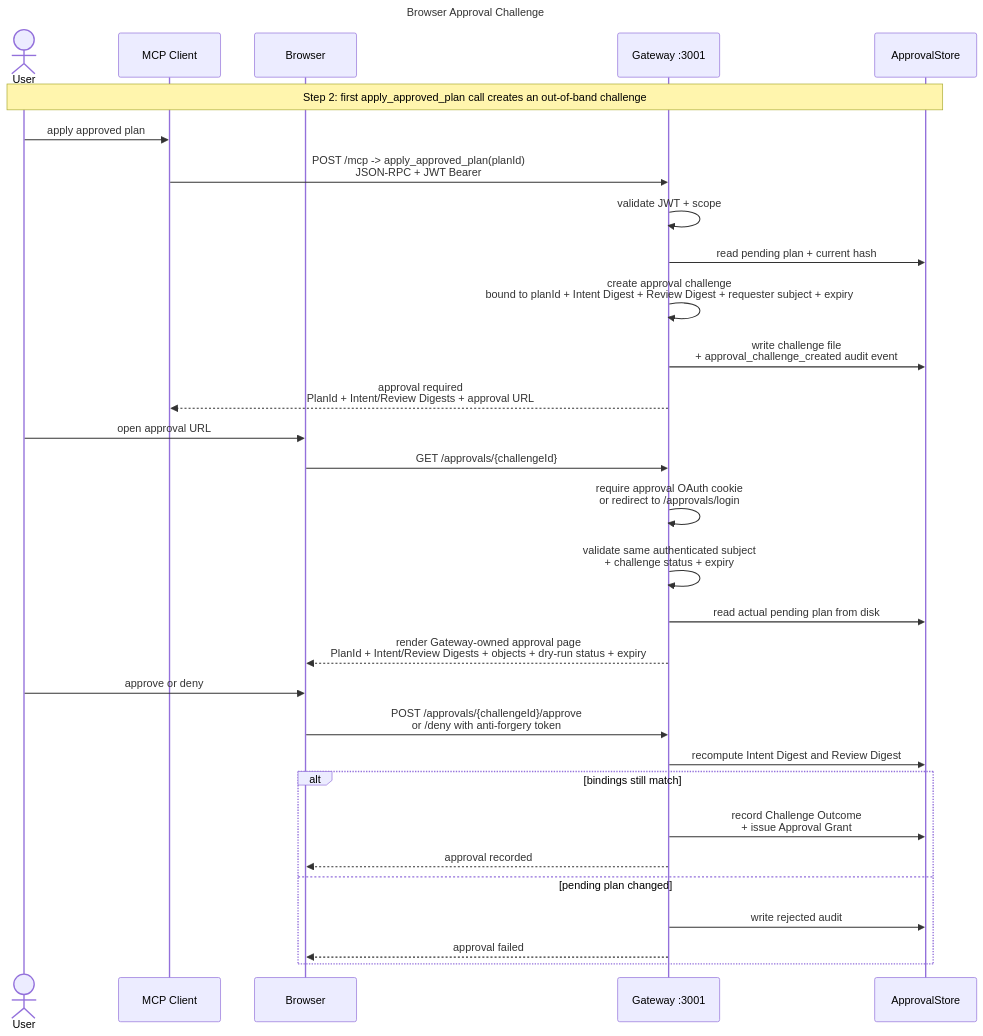
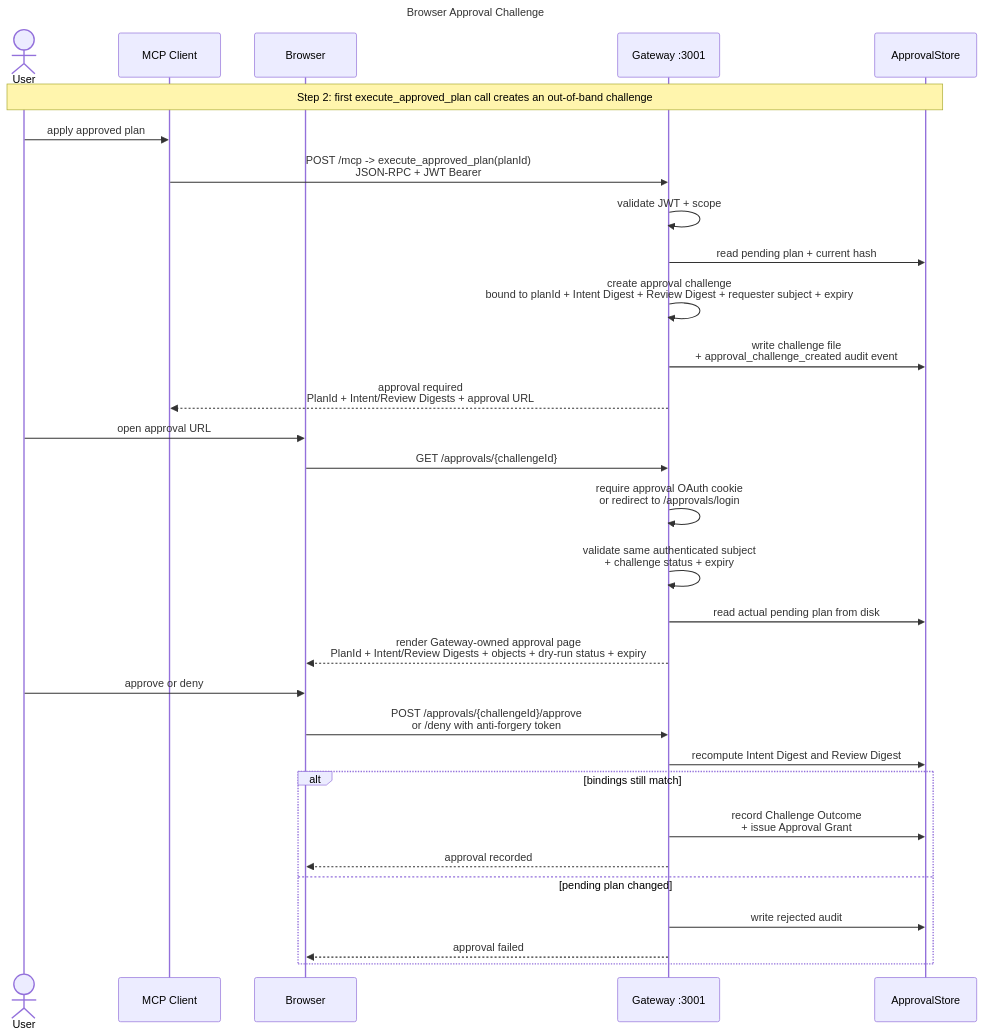
One commit to mirusser/Kubernetes-MCP-Guard changed the fifth of 7 diagrams in docs/architecture.md. Above: the diagram before and after it, drawn with Mermaid. The commit also changed other lines of this file and 30 other files, not shown here.

````diff
--- a/docs/architecture.md
+++ b/docs/architecture.md
@@ -219,39 +219,39 @@
 ```mermaid
 ---
 title: Browser Approval Challenge
 ---
 sequenceDiagram
     actor User
     participant Client as MCP Client
     participant Browser as Browser
     participant GW as Gateway :3001
     participant Store as ApprovalStore
 
-    Note over User,Store: Step 2: first apply_approved_plan call creates an out-of-band challenge
+    Note over User,Store: Step 2: first execute_approved_plan call creates an out-of-band challenge
 
     User->>Client: apply approved plan
-    Client->>GW: POST /mcp -> apply_approved_plan(planId)<br/>JSON-RPC + JWT Bearer
+    Client->>GW: POST /mcp -> execute_approved_plan(planId)<br/>JSON-RPC + JWT Bearer
     GW->>GW: validate JWT + scope
     GW->>Store: read pending plan + current hash
     GW->>GW: create approval challenge<br/>bound to planId + Intent Digest + Review Digest + requester subject + expiry
     GW->>Store: write challenge file<br/>+ approval_challenge_created audit event
     GW-->>Client: approval required<br/>PlanId + Intent/Review Digests + approval URL
 
     User->>Browser: open approval URL
     Browser->>GW: GET /approvals/{challengeId}
     GW->>GW: require approval OAuth cookie<br/>or redirect to /approvals/login
     GW->>GW: validate same authenticated subject<br/>+ challenge status + expiry
     GW->>Store: read actual pending plan from disk
     GW-->>Browser: render Gateway-owned approval page<br/>PlanId + Intent/Review Digests + objects + dry-run status + expiry
 
     User->>Browser: approve or deny
     Browser->>GW: POST /approvals/{challengeId}/approve<br/>or /deny with anti-forgery token
     GW->>Store: recompute Intent Digest and Review Digest
     alt bindings still match
         GW->>Store: record Challenge Outcome<br/>+ issue Approval Grant
         GW-->>Browser: approval recorded
     else pending plan changed
         GW->>Store: write rejected audit
         GW-->>Browser: approval failed
     end
 ```
````
